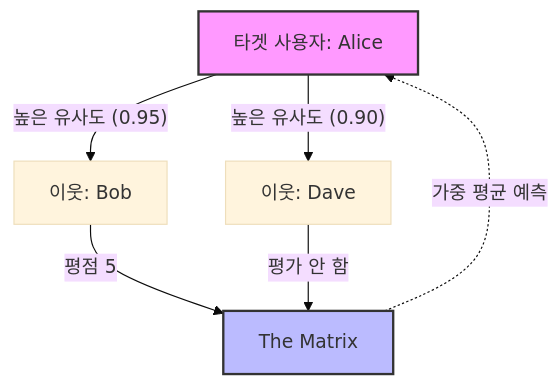
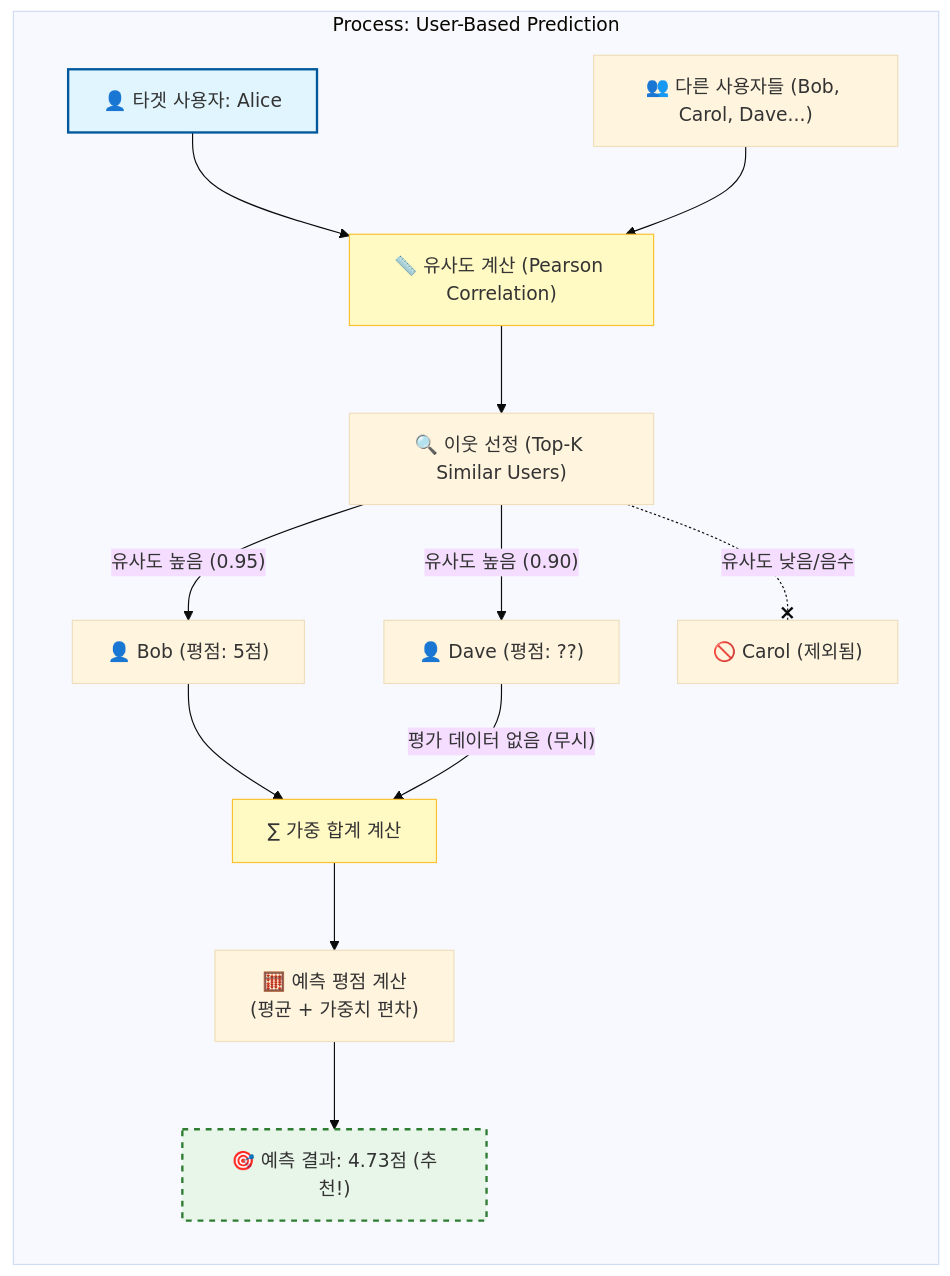
Before and after one commit to khj1212k/RecSys_Guide: the diagram in RecSys_Guide_KO/01_Traditional_Models/01_Collaborative_Filtering/01_Memory_Based/01_User_Based_CF.md, drawn with Mermaid (base theme). The commit also changed other lines of this file and 25 other files, not shown here.

Commit message:
Enhance Mermaid diagrams and update verification script

````diff
--- a/RecSys_Guide_KO/01_Traditional_Models/01_Collaborative_Filtering/01_Memory_Based/01_User_Based_CF.md
+++ b/RecSys_Guide_KO/01_Traditional_Models/01_Collaborative_Filtering/01_Memory_Based/01_User_Based_CF.md
@@ -118,17 +115,38 @@
 ```mermaid
 graph TD
-    Target[타겟 사용자: Alice]
-    N1[이웃: Bob]
-    N2[이웃: Dave]
+    subgraph "Process: User-Based Prediction"
 
-    Target -- 높은 유사도 (0.95) --> N1
-    Target -- 높은 유사도 (0.90) --> N2
+        direction TB
 
-    N1 -- 평점 5 --> Item[The Matrix]
-    N2 -- 평가 안 함 --> Item
+        %% Data Input
+        Target["👤 타겟 사용자: Alice"]
+        SimCalc["📏 유사도 계산 (Pearson Correlation)"]
 
-    Item -.->|가중 평균 예측| Target
+        %% Similarity Calculation
+        Target --> SimCalc
+        OtherUsers["👥 다른 사용자들 (Bob, Carol, Dave...)"] --> SimCalc
 
-    style Target fill:#f9f,stroke:#333,stroke-width:2px
-    style Item fill:#bbf,stroke:#333,stroke-width:2px
+        %% Neighbor Selection
+        SimCalc --> Neighbors["🔍 이웃 선정 (Top-K Similar Users)"]
+
+        %% High Sim Example
+        Neighbors -- "유사도 높음 (0.95)" --> N1["👤 Bob (평점: 5점)"]
+        Neighbors -- "유사도 높음 (0.90)" --> N2["👤 Dave (평점: ??)"]
+        Neighbors -. "유사도 낮음/음수" .-x Exclude["🚫 Carol (제외됨)"]
+
+        %% Prediction Logic
+        N1 --> WeightedSum["∑ 가중 합계 계산"]
+        N2 -- "평가 데이터 없음 (무시)" --> WeightedSum
+
+        %% Final Calc
+        WeightedSum --> PredCalc["🧮 예측 평점 계산<br>(평균 + 가중치 편차)"]
+        PredCalc --> Result["🎯 예측 결과: 4.73점 (추천!)"]
+
+    end
+
+    %% Styling
+    style Target fill:#e1f5fe,stroke:#01579b,stroke-width:2px
+    style Result fill:#e8f5e9,stroke:#2e7d32,stroke-width:2px,stroke-dasharray: 5 5
+    style SimCalc fill:#fff9c4,stroke:#fbc02d
+    style WeightedSum fill:#fff9c4,stroke:#fbc02d
 ```
````
